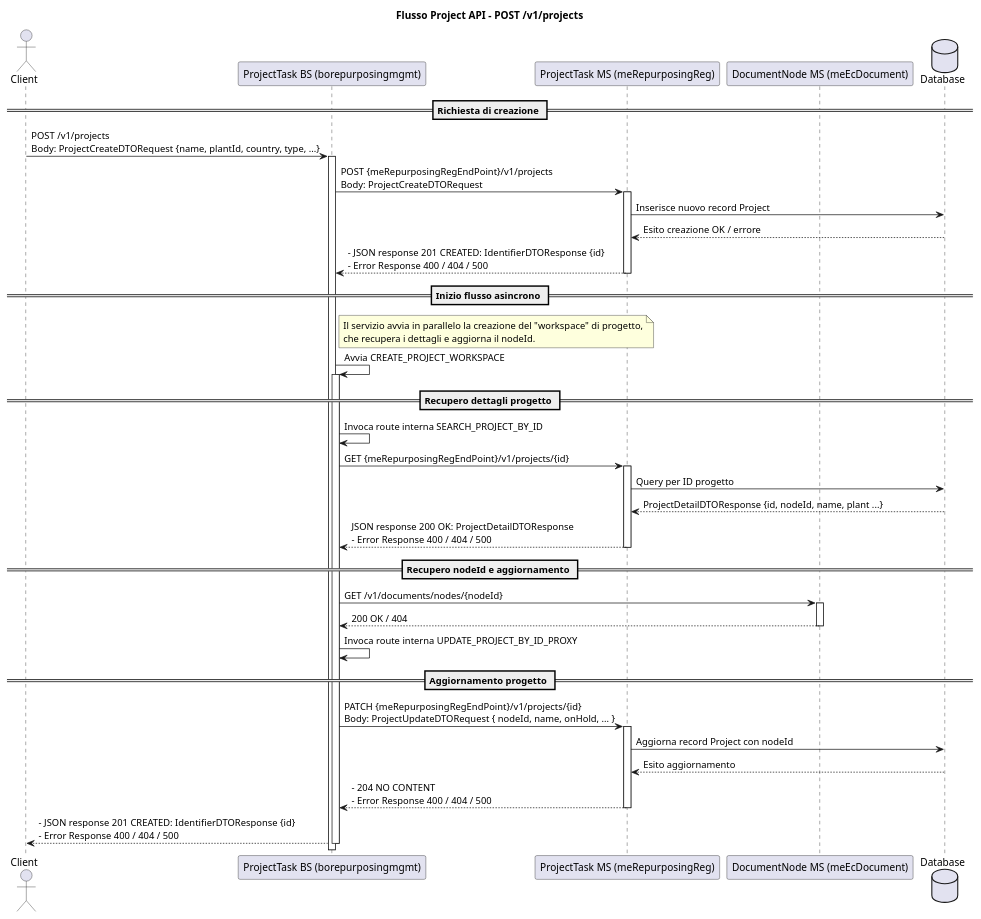
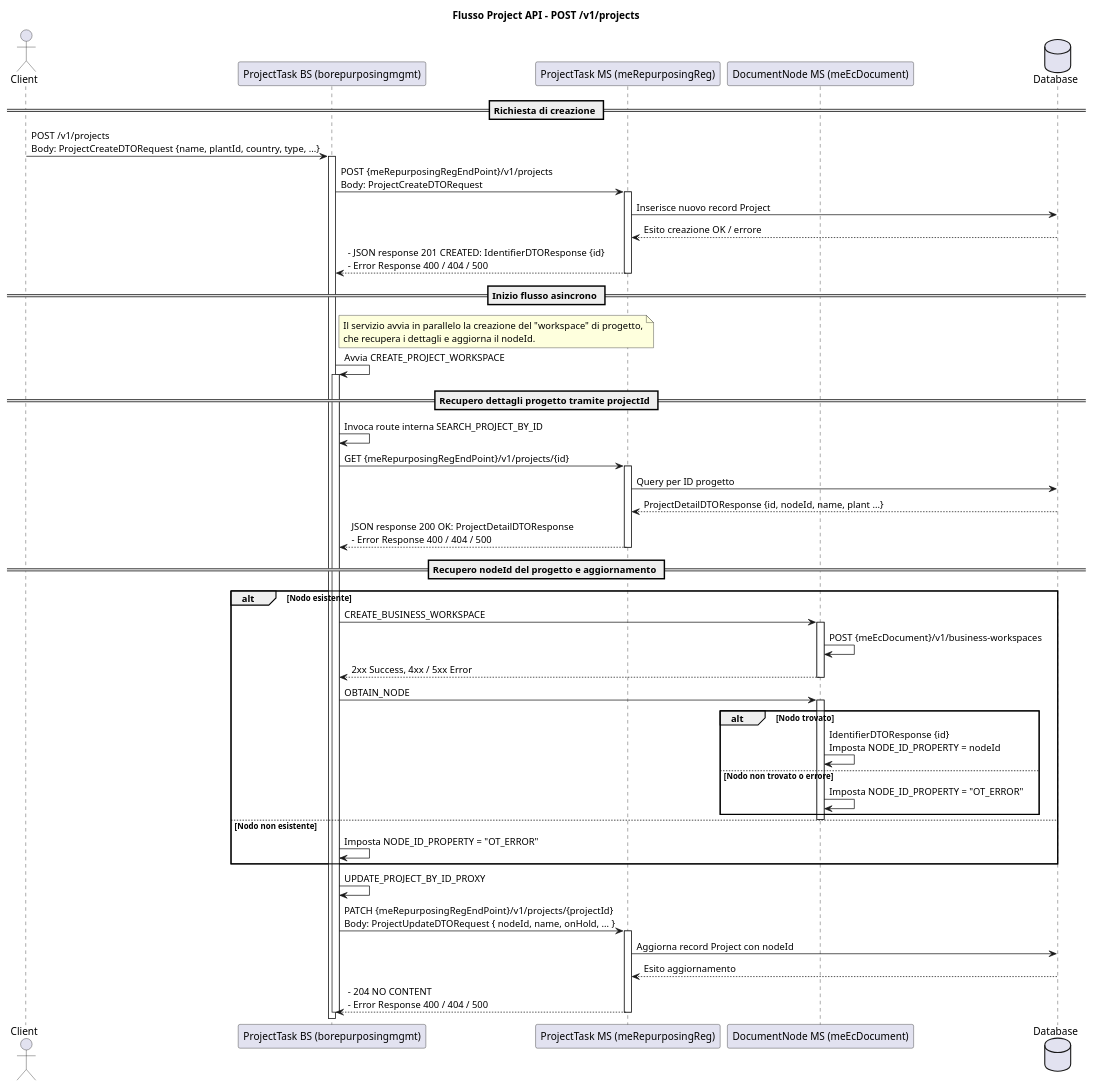
One commit to Tonio-D-San/DocxFromPumlAndMd changed the diagram in Documentazione/ProjectTask/snippets/post_v1_projects_create.puml. Above: the diagram before and after it, drawn with PlantUML.

Commit message:
feat: enhance UML diagram for CREATE_PROJECT workflow with detailed projectId retrieval and nodeId handling

```diff
--- a/Documentazione/ProjectTask/snippets/post_v1_projects_create.puml
+++ b/Documentazione/ProjectTask/snippets/post_v1_projects_create.puml
@@ -1,59 +1,69 @@
 @startuml
 title Flusso Project API - POST /v1/projects
 
 actor Client as C
 participant "ProjectTask BS (borepurposingmgmt)" as BS
 participant "ProjectTask MS (meRepurposingReg)" as MS
 participant "DocumentNode MS (meEcDocument)" as DMS
 database "Database" as DB
 
 == Richiesta di creazione ==
 C -> BS : POST /v1/projects\nBody: ProjectCreateDTORequest {name, plantId, country, type, ...}
 activate BS
 
 BS -> MS : POST {meRepurposingRegEndPoint}/v1/projects\nBody: ProjectCreateDTORequest
 activate MS
 
 MS -> DB : Inserisce nuovo record Project
 DB --> MS : Esito creazione OK / errore
 MS --> BS : - JSON response 201 CREATED: IdentifierDTOResponse {id} \n- Error Response 400 / 404 / 500
 deactivate MS
 
 == Inizio flusso asincrono ==
 note right of BS
 Il servizio avvia in parallelo la creazione del "workspace" di progetto,
 che recupera i dettagli e aggiorna il nodeId.
 end note
 
 BS -> BS : Avvia CREATE_PROJECT_WORKSPACE
 activate BS
 
-== Recupero dettagli progetto ==
+== Recupero dettagli progetto tramite projectId ==
 BS -> BS : Invoca route interna SEARCH_PROJECT_BY_ID
 
 BS -> MS : GET {meRepurposingRegEndPoint}/v1/projects/{id}
 activate MS
 MS -> DB : Query per ID progetto
 DB --> MS : ProjectDetailDTOResponse {id, nodeId, name, plant ...}
 MS --> BS : JSON response 200 OK: ProjectDetailDTOResponse \n- Error Response 400 / 404 / 500
 deactivate MS
 
-== Recupero nodeId e aggiornamento ==
-BS -> DMS : GET /v1/documents/nodes/{nodeId}
-activate DMS
-DMS --> BS : 200 OK / 404
-deactivate DMS
 
-BS -> BS : Invoca route interna UPDATE_PROJECT_BY_ID_PROXY
+== Recupero nodeId del progetto e aggiornamento ==
+    alt Nodo esistente
+        BS -> DMS : CREATE_BUSINESS_WORKSPACE
+        activate DMS
+        DMS -> DMS : POST {meEcDocument}/v1/business-workspaces
+        DMS --> BS : 2xx Success, 4xx / 5xx Error
+        deactivate DMS
+        BS -> DMS : OBTAIN_NODE
+        activate DMS
+        alt Nodo trovato
+            DMS -> DMS : IdentifierDTOResponse {id} \nImposta NODE_ID_PROPERTY = nodeId
+        else Nodo non trovato o errore
+            DMS -> DMS : Imposta NODE_ID_PROPERTY = "OT_ERROR"
+        end
+        deactivate DMS
+    else Nodo non esistente
+        BS -> BS : Imposta NODE_ID_PROPERTY = "OT_ERROR"
+    end
+    BS -> BS : UPDATE_PROJECT_BY_ID_PROXY
+    BS -> MS : PATCH {meRepurposingRegEndPoint}/v1/projects/{projectId} \nBody: ProjectUpdateDTORequest { nodeId, name, onHold, ... }
 
-== Aggiornamento progetto ==
-BS -> MS : PATCH {meRepurposingRegEndPoint}/v1/projects/{id}\nBody: ProjectUpdateDTORequest { nodeId, name, onHold, ... }
-activate MS
-MS -> DB : Aggiorna record Project con nodeId
-DB --> MS : Esito aggiornamento
-MS --> BS : - 204 NO CONTENT \n- Error Response 400 / 404 / 500
-deactivate MS
-
-BS --> C : - JSON response 201 CREATED: IdentifierDTOResponse {id} \n- Error Response 400 / 404 / 500
+    activate MS
+    MS -> DB : Aggiorna record Project con nodeId
+    DB --> MS : Esito aggiornamento
+    MS --> BS : - 204 NO CONTENT \n- Error Response 400 / 404 / 500
+    deactivate MS
 deactivate BS
 @enduml
```
